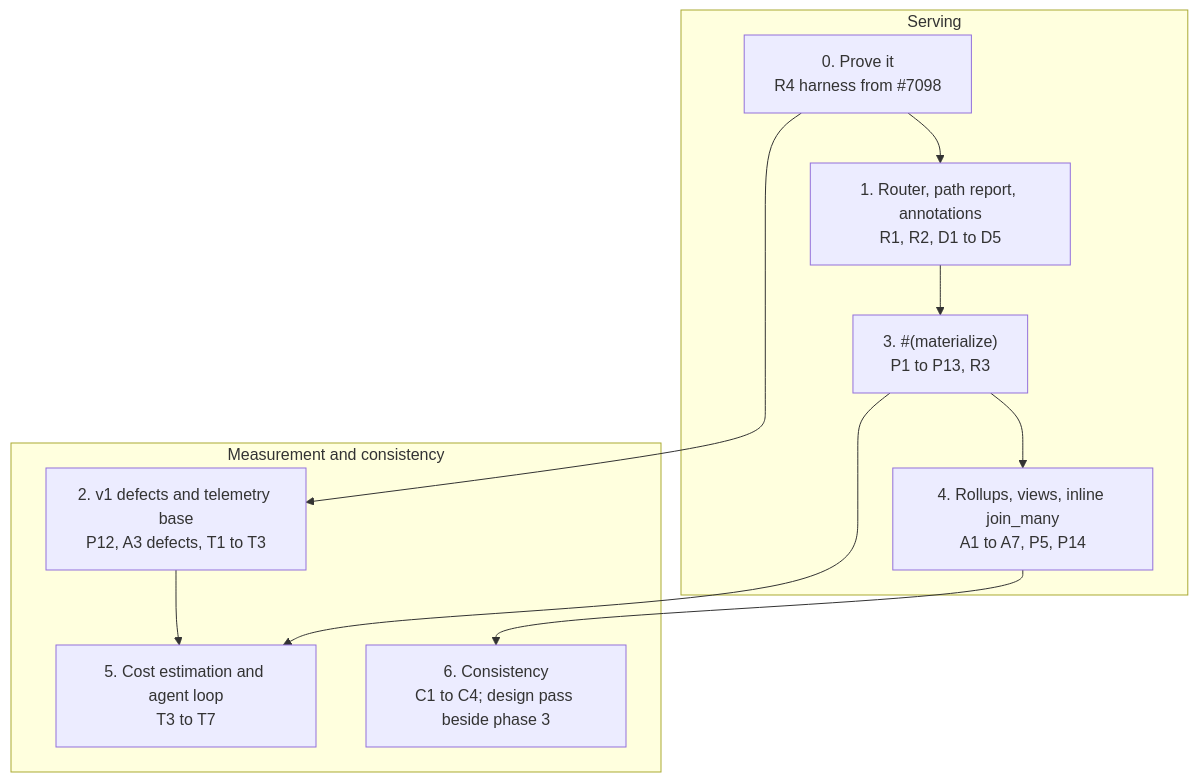
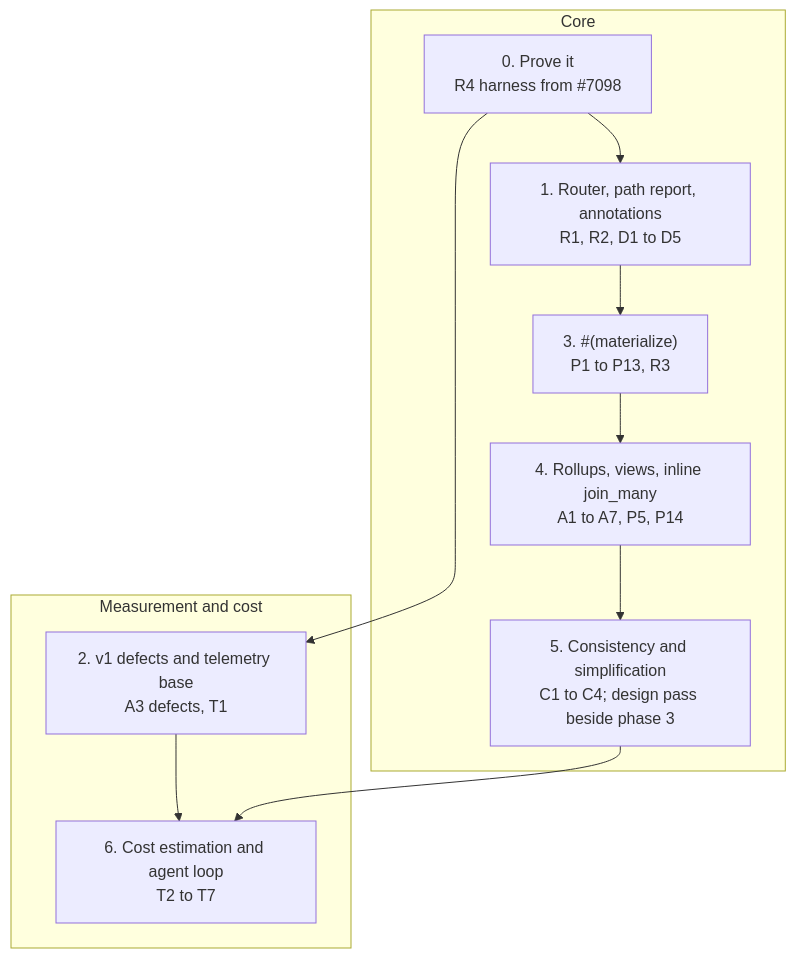
One commit to malloydata/publisher changed the second of 2 diagrams in docs/materialization-v2-plan.md. Above: the diagram before and after it, drawn with Mermaid. The commit also changed other lines of this file, not shown here.

First line of the commit message:
docs: materialization v2 plan, core before cost (swap phases 5 and 6, add a simplification pass, T4 to the cost phase) (#1602)

````diff
--- a/docs/materialization-v2-plan.md
+++ b/docs/materialization-v2-plan.md
@@ -218,21 +221,21 @@
 ```mermaid
 flowchart TB
-  subgraph Serving
+  subgraph Core
     P0["0. Prove it<br/>R4 harness from #7098"]
     P1["1. Router, path report, annotations<br/>R1, R2, D1 to D5"]
     P3["3. #(materialize)<br/>P1 to P13, R3"]
     P4["4. Rollups, views, inline join_many<br/>A1 to A7, P5, P14"]
+    P5["5. Consistency and simplification<br/>C1 to C4; design pass beside phase 3"]
   end
-  subgraph Measurement and consistency
-    P2["2. v1 defects and telemetry base<br/>P12, A3 defects, T1 to T3"]
-    P5["5. Cost estimation and agent loop<br/>T3 to T7"]
-    P6["6. Consistency<br/>C1 to C4; design pass beside phase 3"]
+  subgraph Measurement and cost
+    P2["2. v1 defects and telemetry base<br/>A3 defects, T1"]
+    P6["6. Cost estimation and agent loop<br/>T2 to T7"]
   end
   P0 --> P1
   P0 --> P2
   P1 --> P3
   P3 --> P4
-  P2 --> P5
-  P3 --> P5
-  P4 --> P6
+  P4 --> P5
+  P2 --> P6
+  P5 --> P6
 ```
````
